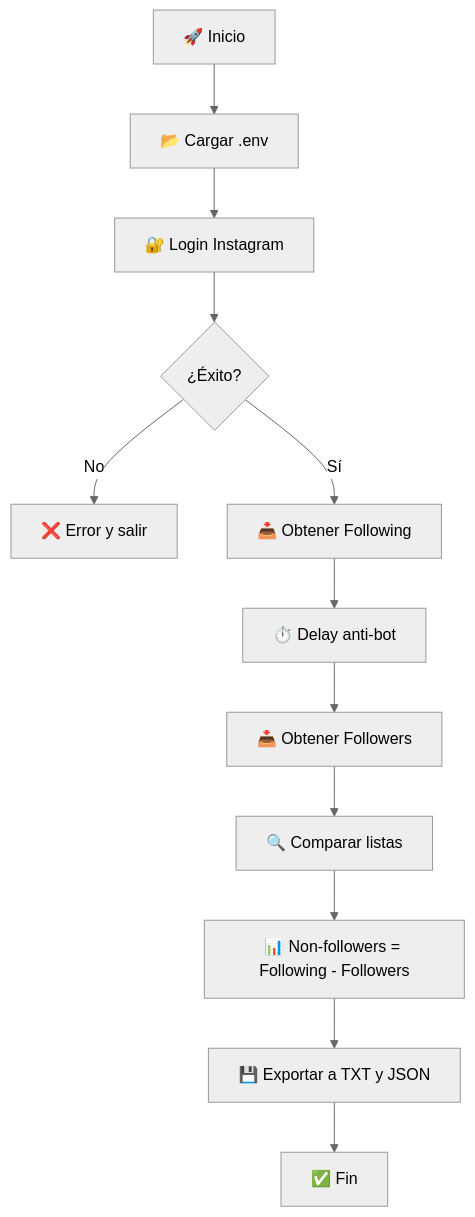
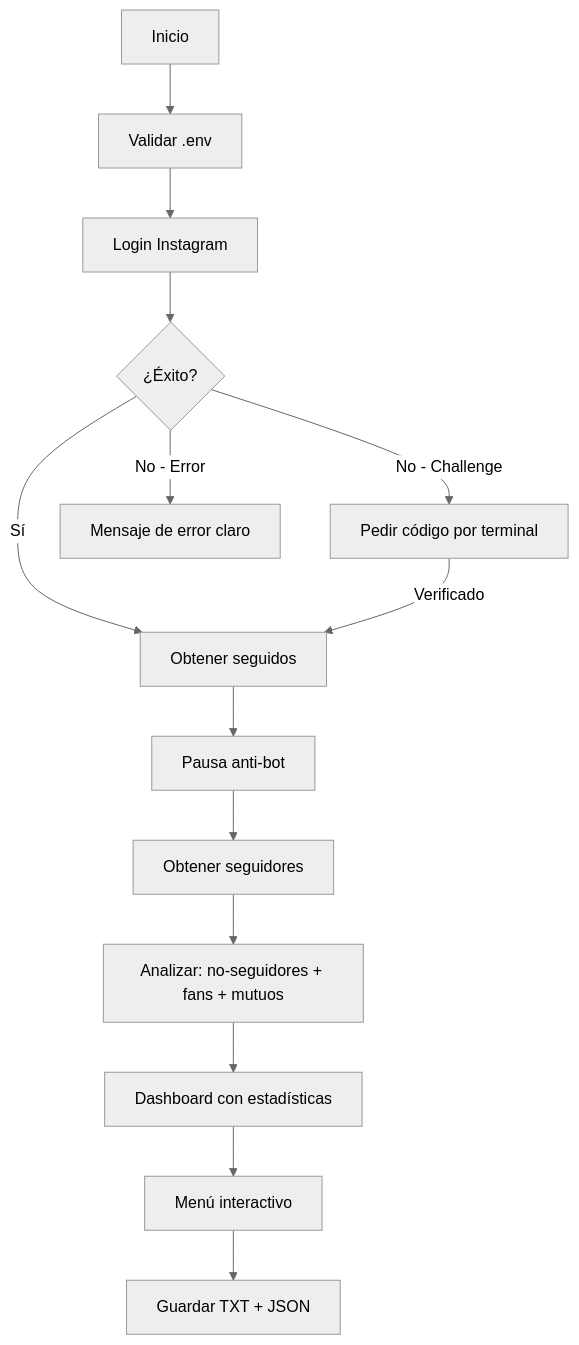
Before and after one commit to spooky1703/bot-ig-porque-no-soy-fan-de-nadie: the diagram in README.md, drawn with Mermaid (neutral theme). The commit also changed other lines of this file and 8 other files, not shown here.

````diff
--- a/README.md
+++ b/README.md
@@ -38,14 +38,16 @@
 ```mermaid
 flowchart TD
-    A[🚀 Inicio] --> B[📂 Cargar .env]
-    B --> C[🔐 Login Instagram]
+    A[Inicio] --> B[Validar .env]
+    B --> C[Login Instagram]
     C --> D{¿Éxito?}
-    D -->|No| E[❌ Error y salir]
-    D -->|Sí| F[📥 Obtener Following]
-    F --> G[⏱️ Delay anti-bot]
-    G --> H[📥 Obtener Followers]
-    H --> I[🔍 Comparar listas]
-    I --> J[📊 Non-followers = Following - Followers]
-    J --> K[💾 Exportar a TXT y JSON]
-    K --> L[✅ Fin]
+    D -->|No - Challenge| E[Pedir código por terminal]
+    D -->|No - Error| F[Mensaje de error claro]
+    D -->|Sí| G[Obtener seguidos]
+    E -->|Verificado| G
+    G --> H[Pausa anti-bot]
+    H --> I[Obtener seguidores]
+    I --> J[Analizar: no-seguidores + fans + mutuos]
+    J --> K[Dashboard con estadísticas]
+    K --> L[Menú interactivo]
+    L --> M[Guardar TXT + JSON]
 ```
````
